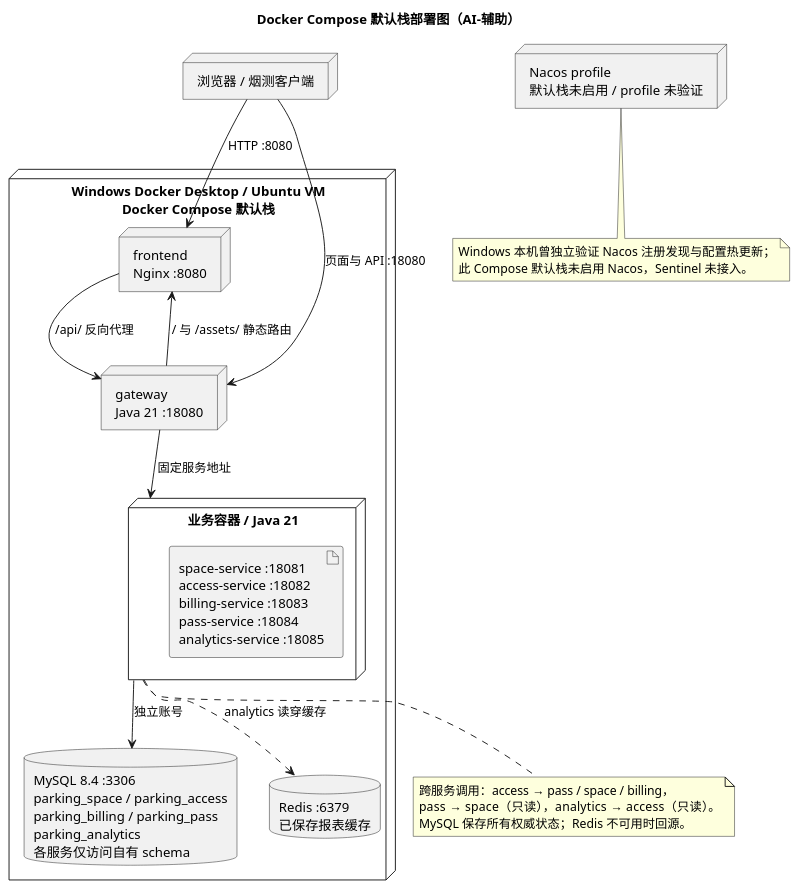
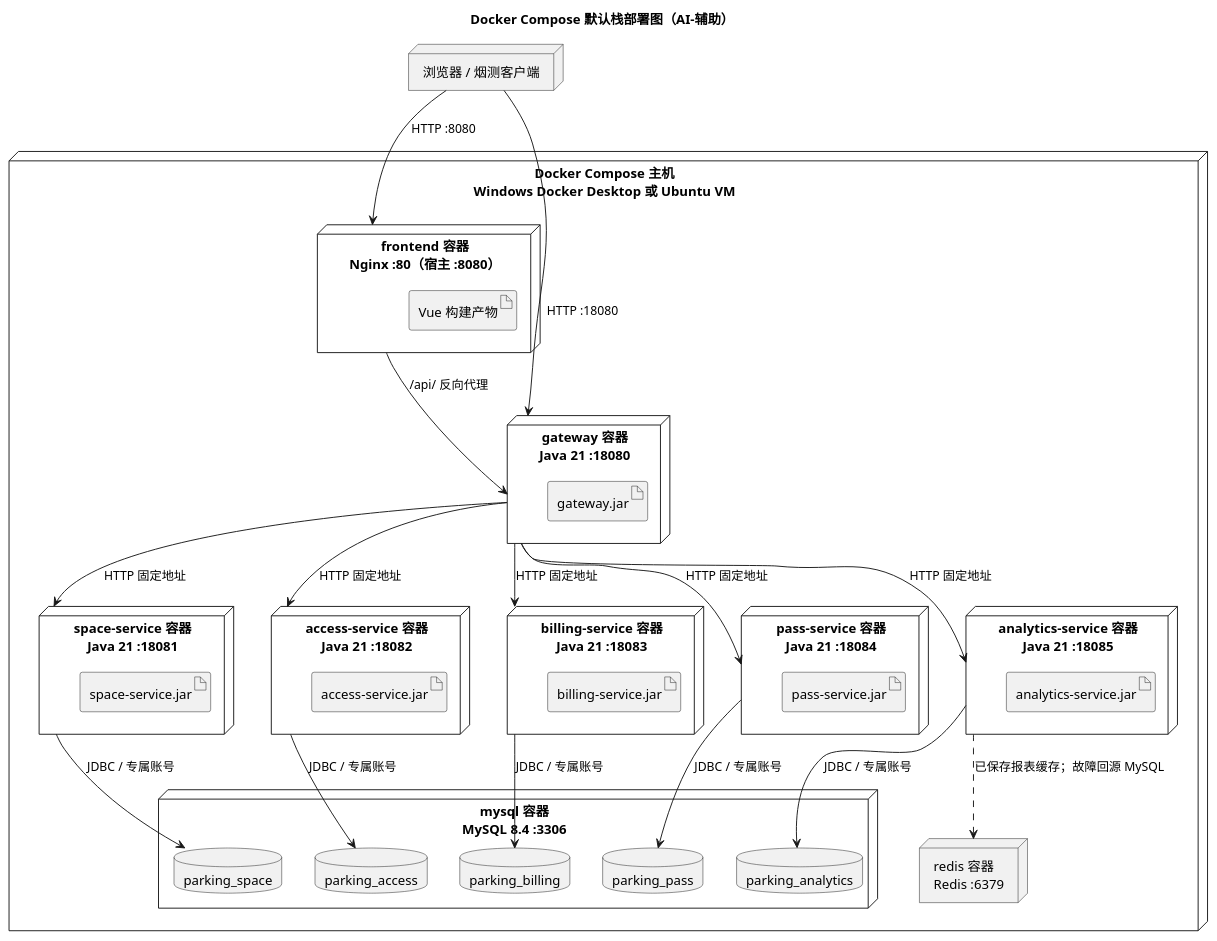
The diagram in models/13-deployment.puml (Gindama713/UMLWORK), drawn with PlantUML before and after one commit. The commit also changed 39 other files, not shown here.

Commit message:
refine UML notation and report figure layout

```diff
--- a/models/13-deployment.puml
+++ b/models/13-deployment.puml
@@ -1,31 +1,50 @@
 @startuml
 title Docker Compose 默认栈部署图（AI-辅助）
 top to bottom direction
 node "浏览器 / 烟测客户端" as client
-node "Windows Docker Desktop / Ubuntu VM\nDocker Compose 默认栈" {
-  node "frontend\nNginx :8080" as frontend
-  node "gateway\nJava 21 :18080" as gateway
-  node "业务容器 / Java 21" as services {
-    artifact "space-service :18081\naccess-service :18082\nbilling-service :18083\npass-service :18084\nanalytics-service :18085" as business
+node "Docker Compose 主机\nWindows Docker Desktop 或 Ubuntu VM" as host {
+  node "frontend 容器\nNginx :80（宿主 :8080）" as frontend {
+    artifact "Vue 构建产物" as dist
   }
-  database "MySQL 8.4 :3306\nparking_space / parking_access\nparking_billing / parking_pass\nparking_analytics\n各服务仅访问自有 schema" as mysql
-  database "Redis :6379\n已保存报表缓存" as redis
+  node "gateway 容器\nJava 21 :18080" as gateway {
+    artifact "gateway.jar" as gatewayJar
+  }
+  node "space-service 容器\nJava 21 :18081" as space {
+    artifact "space-service.jar" as spaceJar
+  }
+  node "access-service 容器\nJava 21 :18082" as access {
+    artifact "access-service.jar" as accessJar
+  }
+  node "billing-service 容器\nJava 21 :18083" as billing {
+    artifact "billing-service.jar" as billingJar
+  }
+  node "pass-service 容器\nJava 21 :18084" as pass {
+    artifact "pass-service.jar" as passJar
+  }
+  node "analytics-service 容器\nJava 21 :18085" as analytics {
+    artifact "analytics-service.jar" as analyticsJar
+  }
+  node "mysql 容器\nMySQL 8.4 :3306" as mysql {
+    database "parking_space" as dbSpace
+    database "parking_access" as dbAccess
+    database "parking_billing" as dbBilling
+    database "parking_pass" as dbPass
+    database "parking_analytics" as dbAnalytics
+  }
+  node "redis 容器\nRedis :6379" as redis
 }
-node "Nacos profile\n默认栈未启用 / profile 未验证" as nacos
 client --> frontend : HTTP :8080
-client --> gateway : 页面与 API :18080
+client --> gateway : HTTP :18080
 frontend --> gateway : /api/ 反向代理
-gateway --> frontend : / 与 /assets/ 静态路由
-gateway --> services : 固定服务地址
-services --> mysql : 独立账号
-services ..> redis : analytics 读穿缓存
-note bottom of services
-跨服务调用：access → pass / space / billing，
-pass → space（只读），analytics → access（只读）。
-MySQL 保存所有权威状态；Redis 不可用时回源。
-end note
-note bottom of nacos
-Windows 本机曾独立验证 Nacos 注册发现与配置热更新；
-此 Compose 默认栈未启用 Nacos，Sentinel 未接入。
-end note
+gateway --> space : HTTP 固定地址
+gateway --> access : HTTP 固定地址
+gateway --> billing : HTTP 固定地址
+gateway --> pass : HTTP 固定地址
+gateway --> analytics : HTTP 固定地址
+space --> dbSpace : JDBC / 专属账号
+access --> dbAccess : JDBC / 专属账号
+billing --> dbBilling : JDBC / 专属账号
+pass --> dbPass : JDBC / 专属账号
+analytics --> dbAnalytics : JDBC / 专属账号
+analytics ..> redis : 已保存报表缓存；故障回源 MySQL
 @enduml
```
